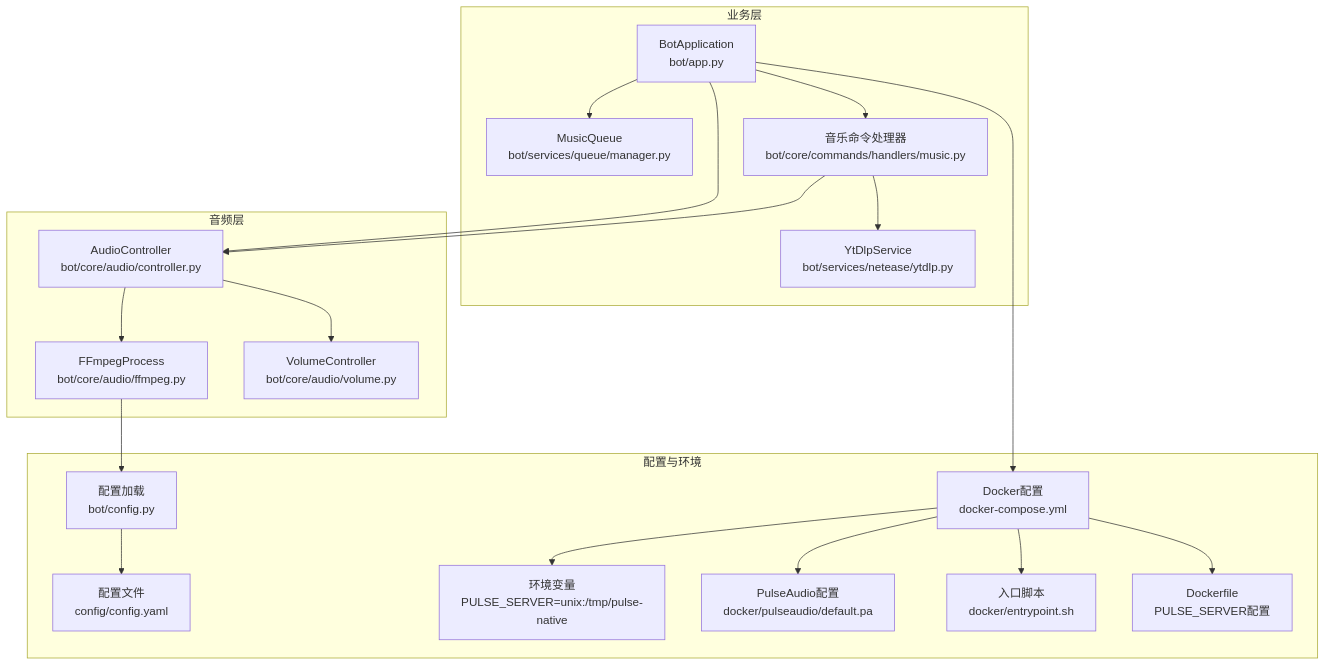
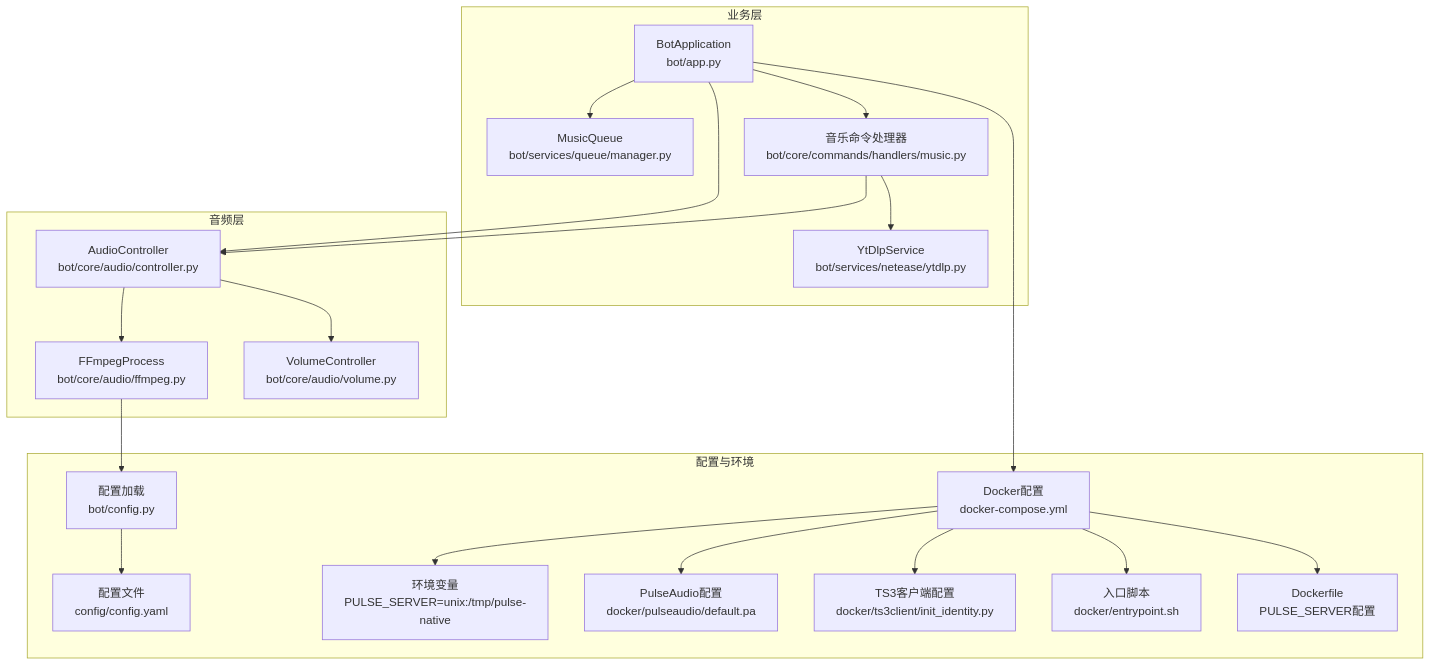
Before and after one commit to GhoulOwl/Teamspeak3_Bot: the first of 7 diagrams in .qoder/repowiki/zh/content/音乐播放系统/FFmpeg集成.md, drawn with Mermaid. The commit also changed other lines of this file and 13 other files, not shown here.

````diff
--- a/.qoder/repowiki/zh/content/音乐播放系统/FFmpeg集成.md
+++ b/.qoder/repowiki/zh/content/音乐播放系统/FFmpeg集成.md
@@ -63,37 +68,39 @@
 ```mermaid
 graph TB
 subgraph "音频层"
 FF["FFmpegProcess<br/>bot/core/audio/ffmpeg.py"]
 AC["AudioController<br/>bot/core/audio/controller.py"]
 VC["VolumeController<br/>bot/core/audio/volume.py"]
 end
 subgraph "业务层"
 MQ["MusicQueue<br/>bot/services/queue/manager.py"]
 CMD["音乐命令处理器<br/>bot/core/commands/handlers/music.py"]
 APP["BotApplication<br/>bot/app.py"]
 YT["YtDlpService<br/>bot/services/netease/ytdlp.py"]
 end
 subgraph "配置与环境"
 CFG["配置加载<br/>bot/config.py"]
 YAML["配置文件<br/>config/config.yaml"]
 DC["Docker配置<br/>docker-compose.yml"]
 ENV["环境变量<br/>PULSE_SERVER=unix:/tmp/pulse-native"]
 PA["PulseAudio配置<br/>docker/pulseaudio/default.pa"]
+TS3["TS3客户端配置<br/>docker/ts3client/init_identity.py"]
 END["入口脚本<br/>docker/entrypoint.sh"]
 DF["Dockerfile<br/>PULSE_SERVER配置"]
 end
 CMD --> AC
 AC --> FF
 AC --> VC
 APP --> AC
 APP --> MQ
 APP --> CMD
 FF --> CFG
 CFG --> YAML
 APP --> DC
 DC --> ENV
 DC --> PA
+DC --> TS3
 DC --> END
 DC --> DF
 CMD --> YT
 ```
````
